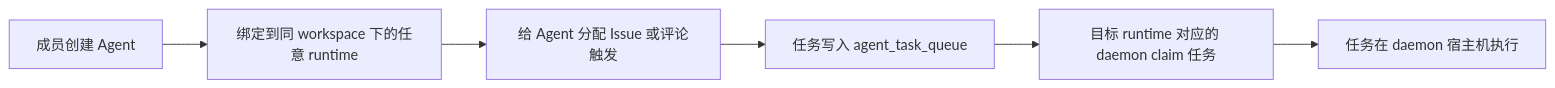
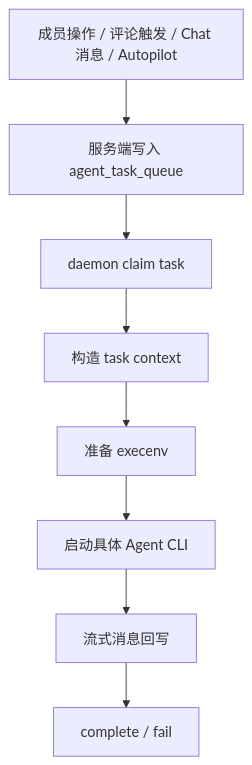
One commit to ninggc/multica changed the ninth of 16 diagrams in my-docs/multica-架构与权限分析.md. Above: the diagram before and after it, drawn with Mermaid. The commit also changed other lines of this file and 1 other file, not shown here.

Commit message:
新增 Multica 架构与权限分析评审摘要文档，概述系统核心执行链路、Agent 执行位置、权限风险及建议收口措施。

````diff
--- a/my-docs/multica-架构与权限分析.md
+++ b/my-docs/multica-架构与权限分析.md
@@ -411,8 +415,10 @@
 ```mermaid
-flowchart LR
-    A[成员创建 Agent] --> B[绑定到同 workspace 下的任意 runtime]
-    B --> C[给 Agent 分配 Issue 或评论触发]
-    C --> D[任务写入 agent_task_queue]
-    D --> E[目标 runtime 对应的 daemon claim 任务]
-    E --> F[任务在 daemon 宿主机执行]
+flowchart TD
+    A["成员操作 / 评论触发 / Chat 消息 / Autopilot"] --> B["服务端写入 agent_task_queue"]
+    B --> C["daemon claim task"]
+    C --> D["构造 task context"]
+    D --> E["准备 execenv"]
+    E --> F["启动具体 Agent CLI"]
+    F --> G["流式消息回写"]
+    G --> H["complete / fail"]
 ```
````
